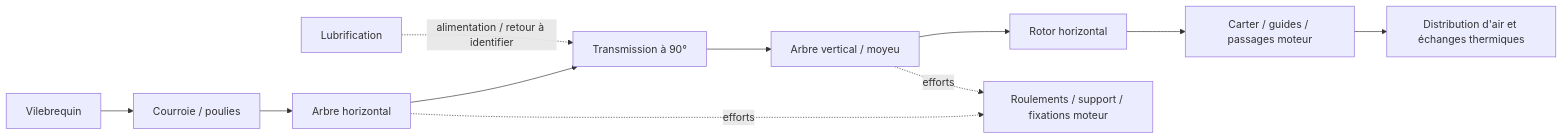
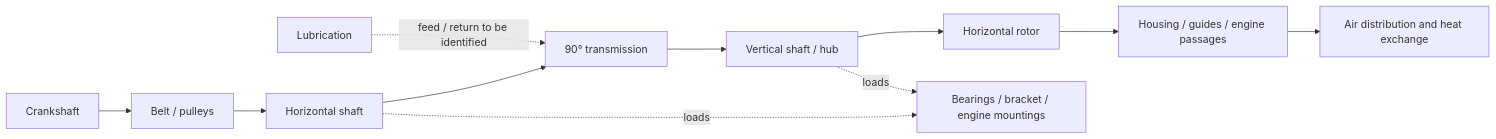
Before and after one commit to cluster2600/porscheparts: the diagram in twins/935-horizontal-cooling-system-f0/SYSTEM_TWIN.md, drawn with Mermaid. The commit also changed other lines of this file and 99 other files, not shown here.

````diff
--- a/twins/935-horizontal-cooling-system-f0/SYSTEM_TWIN.md
+++ b/twins/935-horizontal-cooling-system-f0/SYSTEM_TWIN.md
@@ -14,13 +14,13 @@
 ```mermaid
 flowchart LR
-    E[Vilebrequin] --> B[Courroie / poulies]
-    B --> I[Arbre horizontal]
-    I --> G[Transmission à 90°]
-    G --> O[Arbre vertical / moyeu]
-    O --> R[Rotor horizontal]
-    I -. efforts .-> S[Roulements / support / fixations moteur]
-    O -. efforts .-> S
-    L[Lubrification] -. alimentation / retour à identifier .-> G
-    R --> A[Carter / guides / passages moteur]
-    A --> T[Distribution d'air et échanges thermiques]
+    E[Crankshaft] --> B[Belt / pulleys]
+    B --> I[Horizontal shaft]
+    I --> G[90° transmission]
+    G --> O[Vertical shaft / hub]
+    O --> R[Horizontal rotor]
+    I -. loads .-> S[Bearings / bracket / engine mountings]
+    O -. loads .-> S
+    L[Lubrication] -. feed / return to be identified .-> G
+    R --> A[Housing / guides / engine passages]
+    A --> T[Air distribution and heat exchange]
 ```
````
